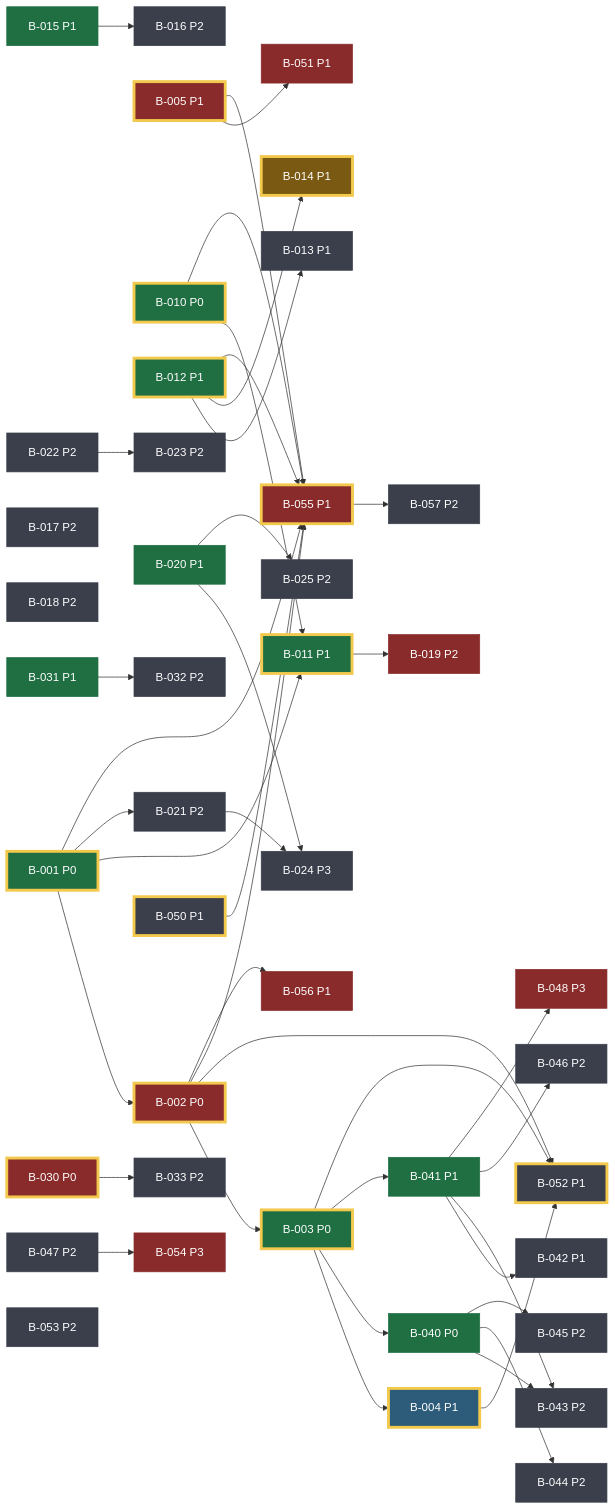
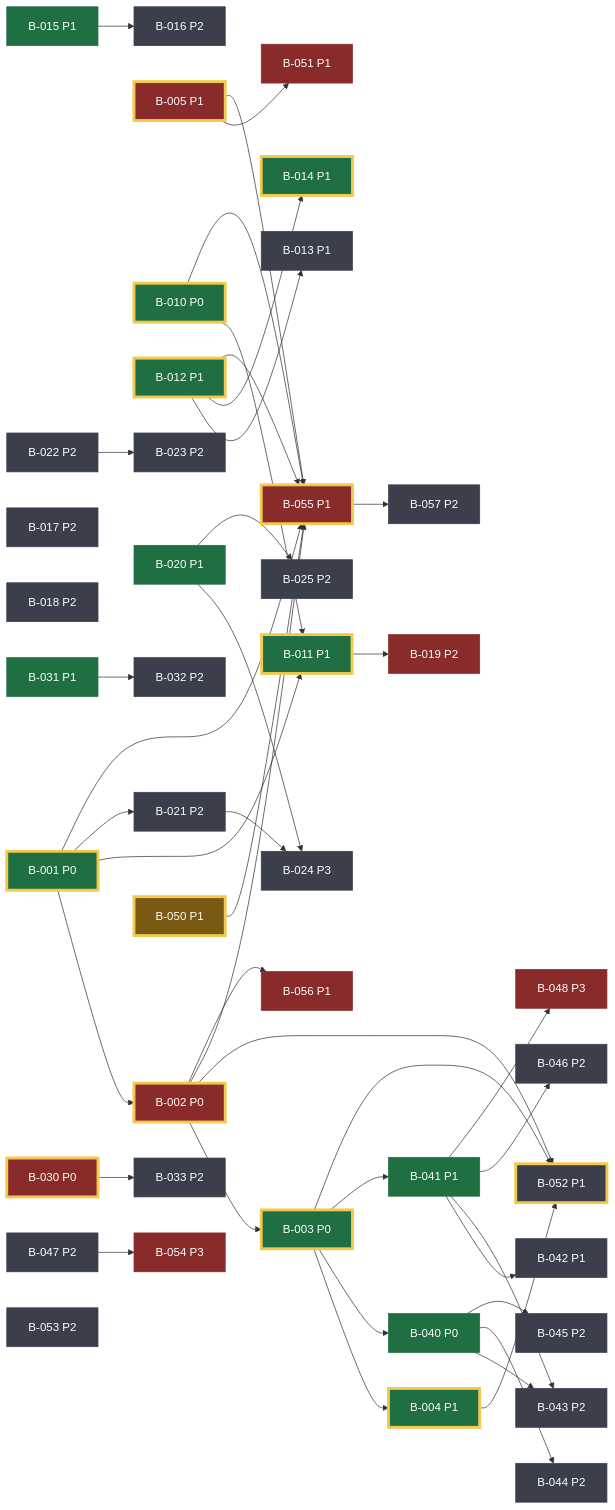
One commit to SaginbekDaniel/SYNAPTIC-LABS changed the diagram in docs/handoff/DEPENDENCY_MAP.md. Above: the diagram before and after it, drawn with Mermaid. The commit also changed 10 other files, not shown here.

```diff
--- a/docs/handoff/DEPENDENCY_MAP.md
+++ b/docs/handoff/DEPENDENCY_MAP.md
@@ -17,13 +17,13 @@
   B001["B-001 P0"]:::done
   B002["B-002 P0"]:::blocked
   B003["B-003 P0"]:::done
-  B004["B-004 P1"]:::verified
+  B004["B-004 P1"]:::done
   B005["B-005 P1"]:::blocked
   B010["B-010 P0"]:::done
   B011["B-011 P1"]:::done
   B012["B-012 P1"]:::done
   B013["B-013 P1"]:::todo
-  B014["B-014 P1"]:::implemented
+  B014["B-014 P1"]:::done
   B015["B-015 P1"]:::done
   B016["B-016 P2"]:::todo
   B017["B-017 P2"]:::todo
@@ -48,7 +48,7 @@
   B046["B-046 P2"]:::todo
   B047["B-047 P2"]:::todo
   B048["B-048 P3"]:::blocked
-  B050["B-050 P1"]:::todo
+  B050["B-050 P1"]:::implemented
   B051["B-051 P1"]:::blocked
   B052["B-052 P1"]:::todo
   B053["B-053 P2"]:::todo
```
